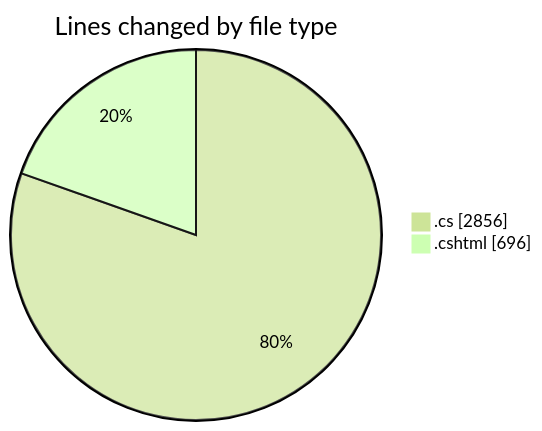
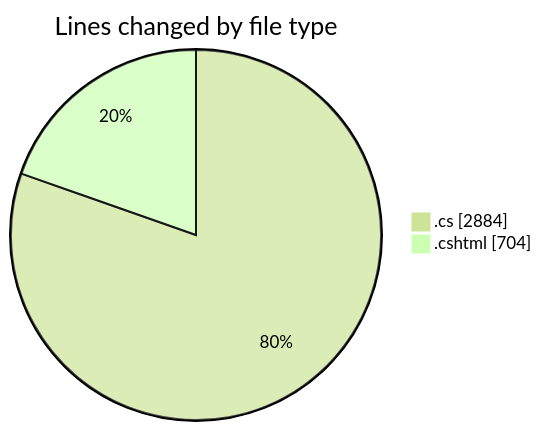
One commit to lephambinh05/code-tracking changed the first of 2 diagrams in 2025-07-15/nhahang/README.md. Above: the diagram before and after it, drawn with Mermaid (forest theme). The commit also changed other lines of this file and 1 other file, not shown here.

````diff
--- a/2025-07-15/nhahang/README.md
+++ b/2025-07-15/nhahang/README.md
@@ -77,6 +79,6 @@
 ```mermaid
 pie showData
 title Lines changed by file type
-".cs" : 2856
-".cshtml" : 696
+".cs" : 2884
+".cshtml" : 704
 ```
````
